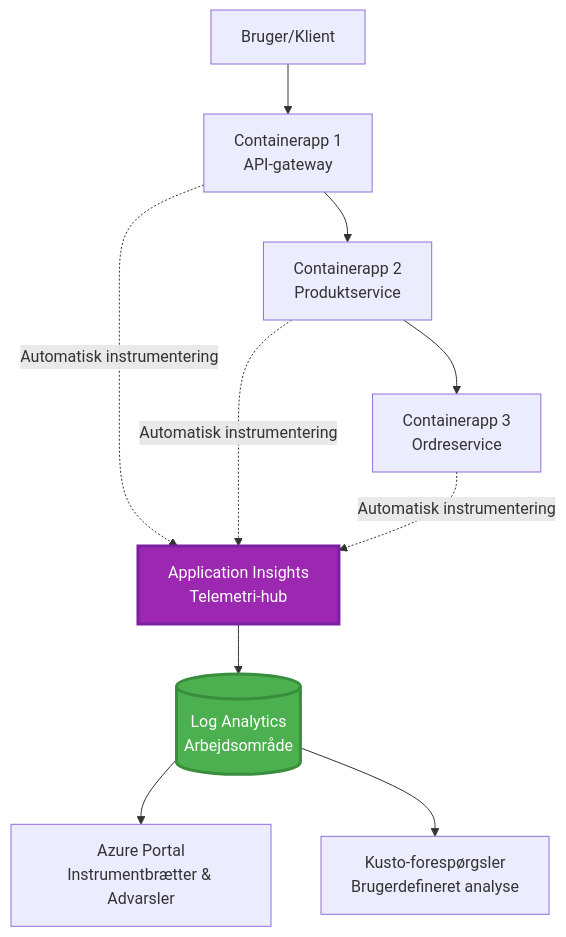
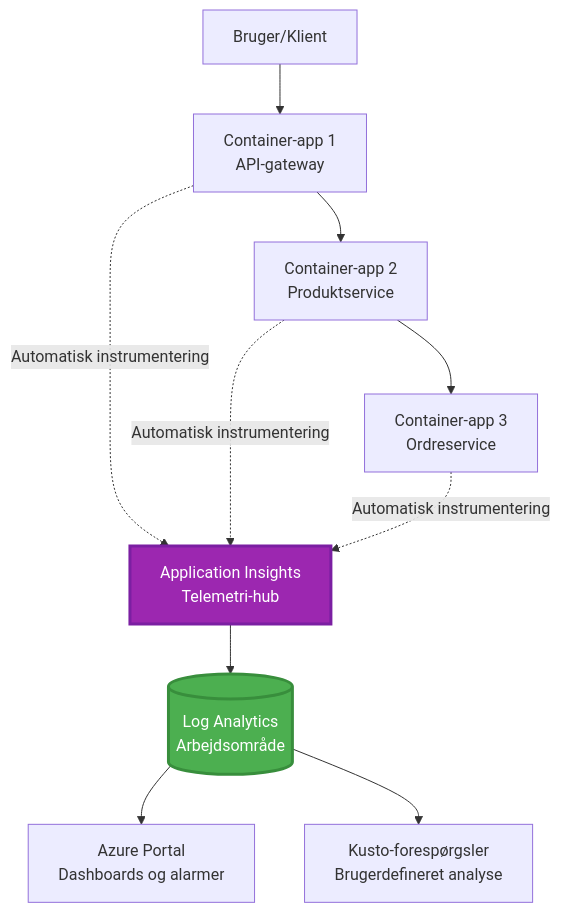
One commit to microsoft/AZD-for-beginners changed the first of 2 diagrams in translations/da/docs/chapter-06-pre-deployment/application-insights.md. Above: the diagram before and after it, drawn with Mermaid. The commit also changed other lines of this file and 101 other files, not shown here.

````diff
--- a/translations/da/docs/chapter-06-pre-deployment/application-insights.md
+++ b/translations/da/docs/chapter-06-pre-deployment/application-insights.md
@@ -58,28 +58,28 @@
 ```mermaid
 graph TB
     User[Bruger/Klient]
-    App1[Containerapp 1<br/>API-gateway]
-    App2[Containerapp 2<br/>Produktservice]
-    App3[Containerapp 3<br/>Ordreservice]
+    App1[Container-app 1<br/>API-gateway]
+    App2[Container-app 2<br/>Produktservice]
+    App3[Container-app 3<br/>Ordreservice]
     
     AppInsights[Application Insights<br/>Telemetri-hub]
     LogAnalytics[(Log Analytics<br/>Arbejdsområde)]
     
-    Portal[Azure Portal<br/>Instrumentbrætter & Advarsler]
+    Portal[Azure Portal<br/>Dashboards og alarmer]
     Query[Kusto-forespørgsler<br/>Brugerdefineret analyse]
     
     User --> App1
     App1 --> App2
     App2 --> App3
     
     App1 -.->|Automatisk instrumentering| AppInsights
     App2 -.->|Automatisk instrumentering| AppInsights
     App3 -.->|Automatisk instrumentering| AppInsights
     
     AppInsights --> LogAnalytics
     LogAnalytics --> Portal
     LogAnalytics --> Query
     
     style AppInsights fill:#9C27B0,stroke:#7B1FA2,stroke-width:3px,color:#fff
     style LogAnalytics fill:#4CAF50,stroke:#388E3C,stroke-width:3px,color:#fff
 ```
````
